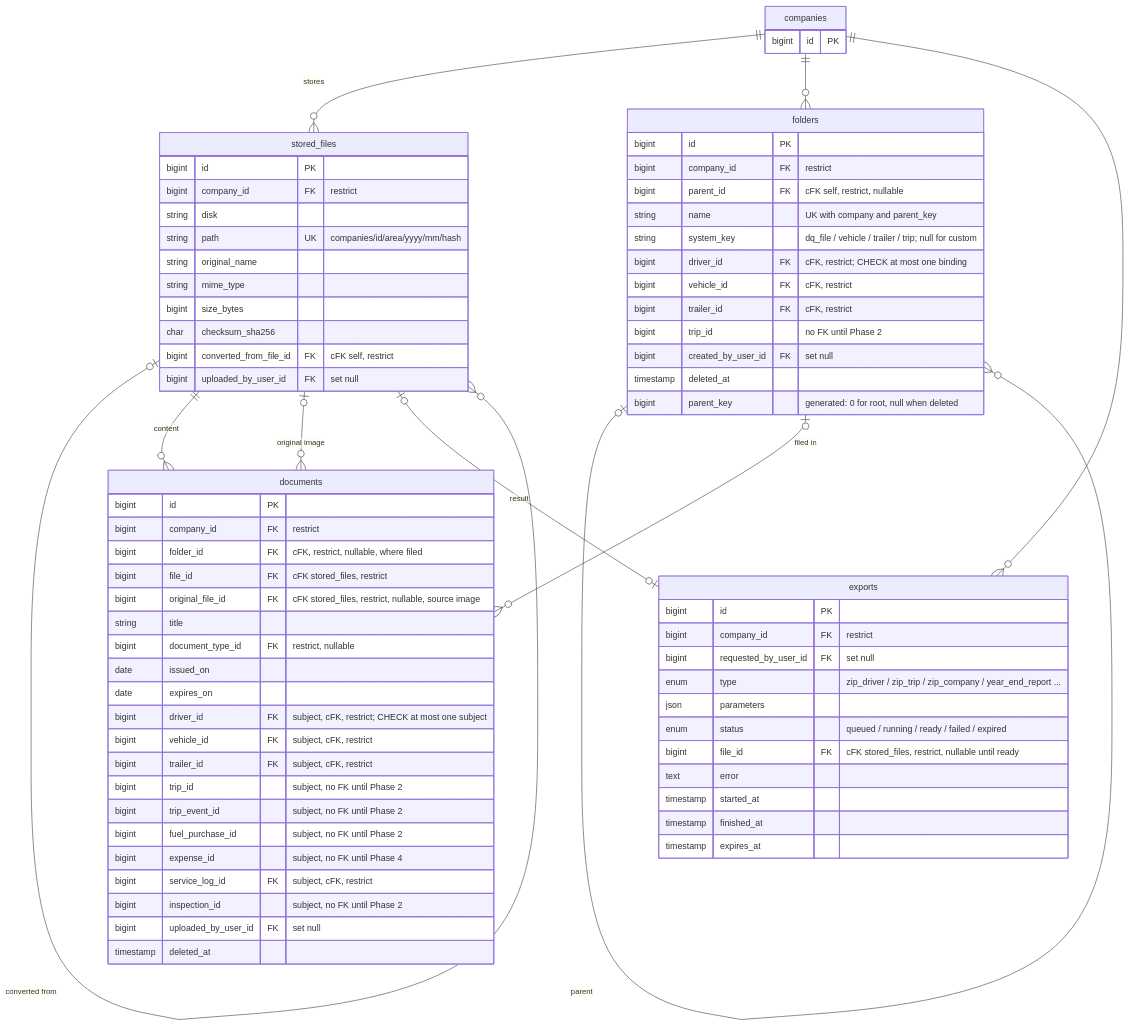
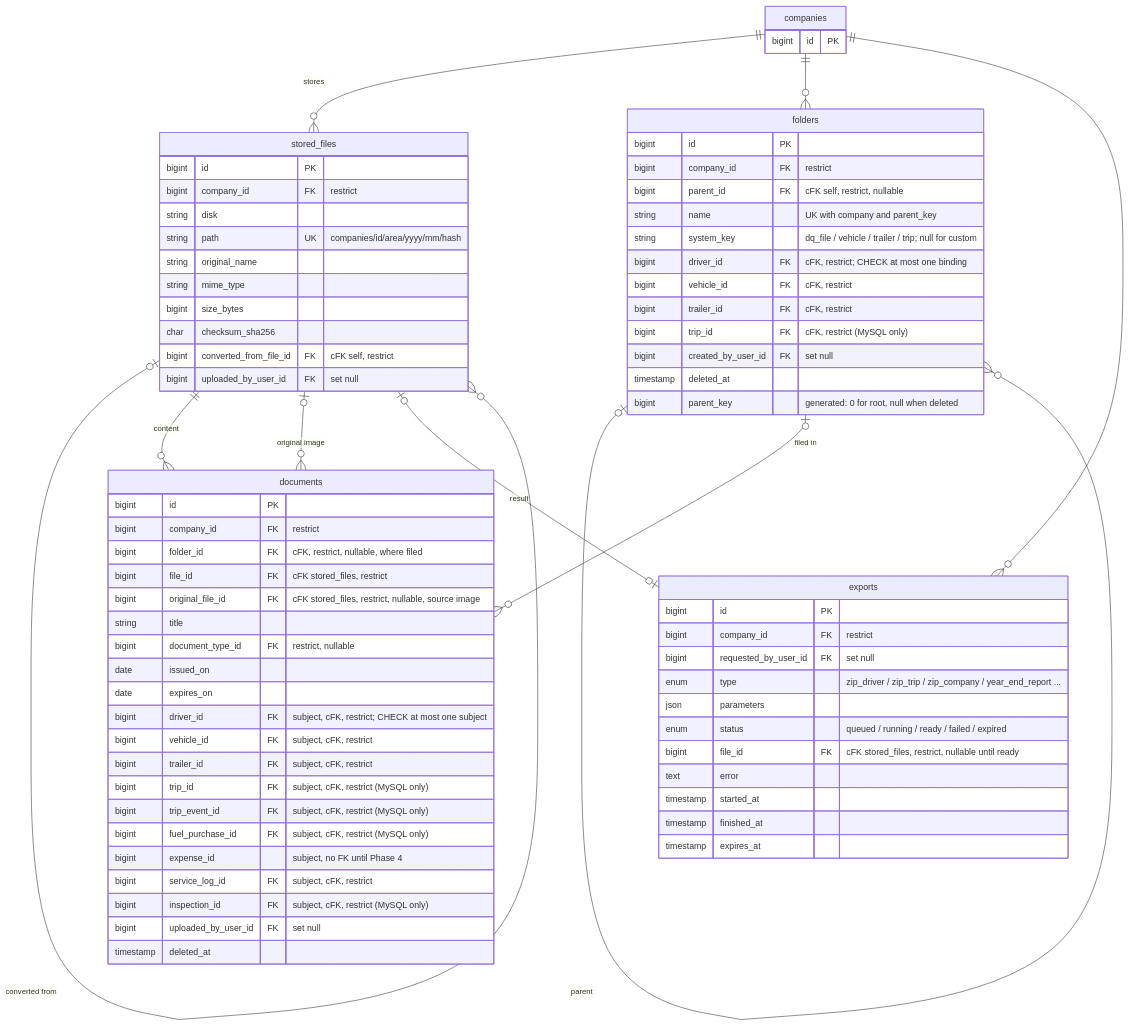
Before and after one commit to anambrur/driver_qualification: the sixth of 10 diagrams in docs/erd.md, drawn with Mermaid. The commit also changed other lines of this file and 8 other files, not shown here.

````diff
--- a/docs/erd.md
+++ b/docs/erd.md
@@ -831,76 +838,76 @@
 ```mermaid
 erDiagram
   stored_files {
     bigint id PK
     bigint company_id FK "restrict"
     string disk
     string path UK "companies/id/area/yyyy/mm/hash"
     string original_name
     string mime_type
     bigint size_bytes
     char checksum_sha256
     bigint converted_from_file_id FK "cFK self, restrict"
     bigint uploaded_by_user_id FK "set null"
   }
   folders {
     bigint id PK
     bigint company_id FK "restrict"
     bigint parent_id FK "cFK self, restrict, nullable"
     string name "UK with company and parent_key"
     string system_key "dq_file / vehicle / trailer / trip; null for custom"
     bigint driver_id FK "cFK, restrict; CHECK at most one binding"
     bigint vehicle_id FK "cFK, restrict"
     bigint trailer_id FK "cFK, restrict"
-    bigint trip_id "no FK until Phase 2"
+    bigint trip_id FK "cFK, restrict (MySQL only)"
     bigint created_by_user_id FK "set null"
     timestamp deleted_at
     bigint parent_key "generated: 0 for root, null when deleted"
   }
   documents {
     bigint id PK
     bigint company_id FK "restrict"
     bigint folder_id FK "cFK, restrict, nullable, where filed"
     bigint file_id FK "cFK stored_files, restrict"
     bigint original_file_id FK "cFK stored_files, restrict, nullable, source image"
     string title
     bigint document_type_id FK "restrict, nullable"
     date issued_on
     date expires_on
     bigint driver_id FK "subject, cFK, restrict; CHECK at most one subject"
     bigint vehicle_id FK "subject, cFK, restrict"
     bigint trailer_id FK "subject, cFK, restrict"
-    bigint trip_id "subject, no FK until Phase 2"
-    bigint trip_event_id "subject, no FK until Phase 2"
-    bigint fuel_purchase_id "subject, no FK until Phase 2"
+    bigint trip_id FK "subject, cFK, restrict (MySQL only)"
+    bigint trip_event_id FK "subject, cFK, restrict (MySQL only)"
+    bigint fuel_purchase_id FK "subject, cFK, restrict (MySQL only)"
     bigint expense_id "subject, no FK until Phase 4"
     bigint service_log_id FK "subject, cFK, restrict"
-    bigint inspection_id "subject, no FK until Phase 2"
+    bigint inspection_id FK "subject, cFK, restrict (MySQL only)"
     bigint uploaded_by_user_id FK "set null"
     timestamp deleted_at
   }
   exports {
     bigint id PK
     bigint company_id FK "restrict"
     bigint requested_by_user_id FK "set null"
     enum type "zip_driver / zip_trip / zip_company / year_end_report ..."
     json parameters
     enum status "queued / running / ready / failed / expired"
     bigint file_id FK "cFK stored_files, restrict, nullable until ready"
     text error
     timestamp started_at
     timestamp finished_at
     timestamp expires_at
   }
   companies {
     bigint id PK
   }
   companies ||--o{ stored_files : "stores"
   stored_files |o--o{ stored_files : "converted from"
   companies ||--o{ folders : ""
   folders |o--o{ folders : "parent"
   folders |o--o{ documents : "filed in"
   stored_files ||--o{ documents : "content"
   stored_files |o--o{ documents : "original image"
   companies ||--o{ exports : ""
   stored_files |o--o| exports : "result"
 ```
````
